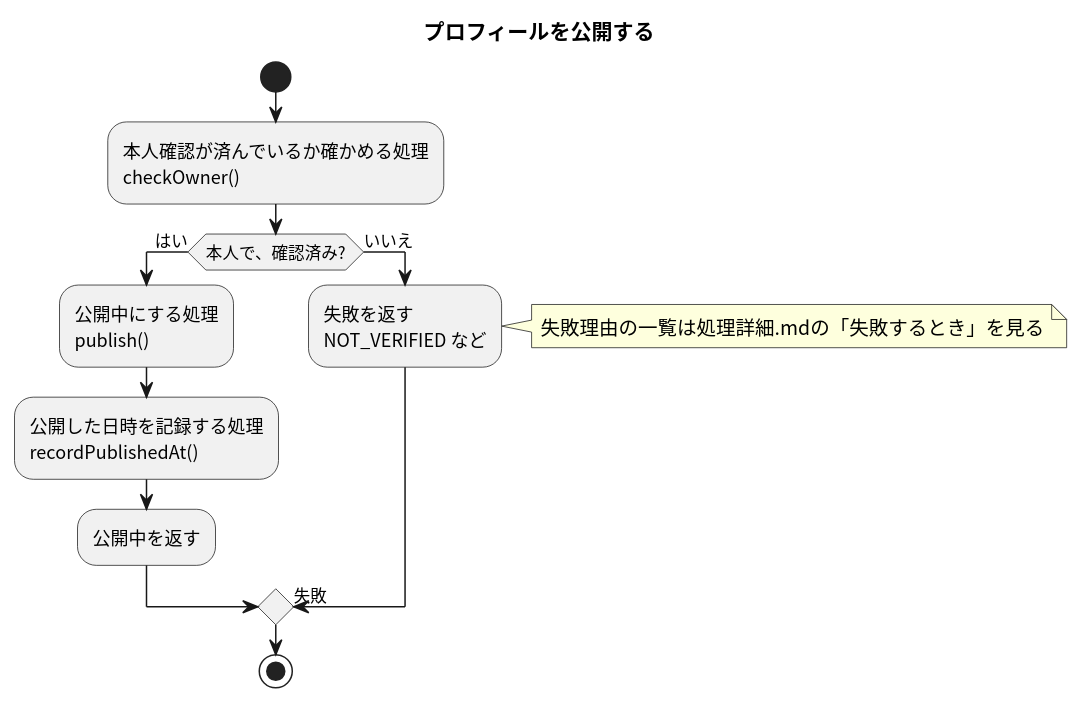
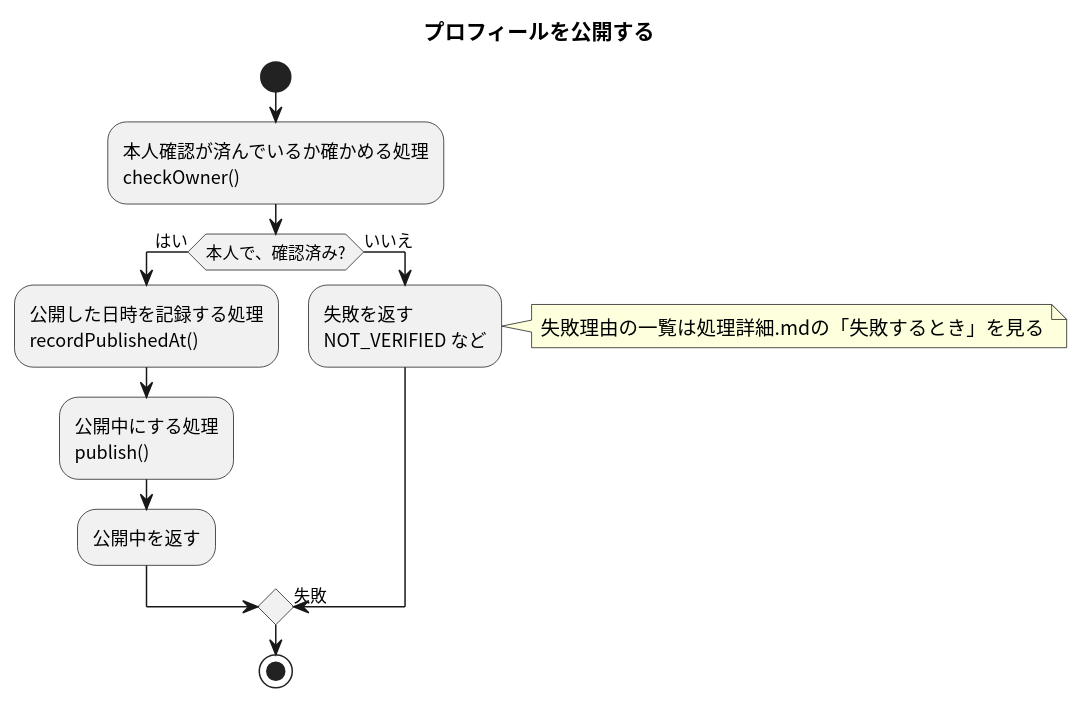
Before and after one commit to masamasamasato/design-doc-template: the diagram in apis/publish-profile/flow.puml, drawn with PlantUML. The commit also changed other lines of this file and 1 other file, not shown here.

Commit message:
試験: 処理を並べ替え、雛形の図を消して新しく作る

```diff
--- a/apis/publish-profile/flow.puml
+++ b/apis/publish-profile/flow.puml
@@ -3,20 +3,20 @@
 @startuml
 skinparam shadowing false
 skinparam defaultFontName "Noto Sans CJK JP"
 skinparam ActivityFontName "Noto Sans CJK JP"
 
 title プロフィールを公開する
 
 start
 :本人確認が済んでいるか確かめる処理\ncheckOwner();
 if (本人で、確認済み?) then (はい)
+  :公開した日時を記録する処理\nrecordPublishedAt();
   :公開中にする処理\npublish();
-  :公開した日時を記録する処理\nrecordPublishedAt();
   :公開中を返す;
 else (いいえ)
   :失敗を返す\nNOT_VERIFIED など;
   note right: 失敗理由の一覧は処理詳細.mdの「失敗するとき」を見る
   -> 失敗;
 endif
 stop
 @enduml
```
